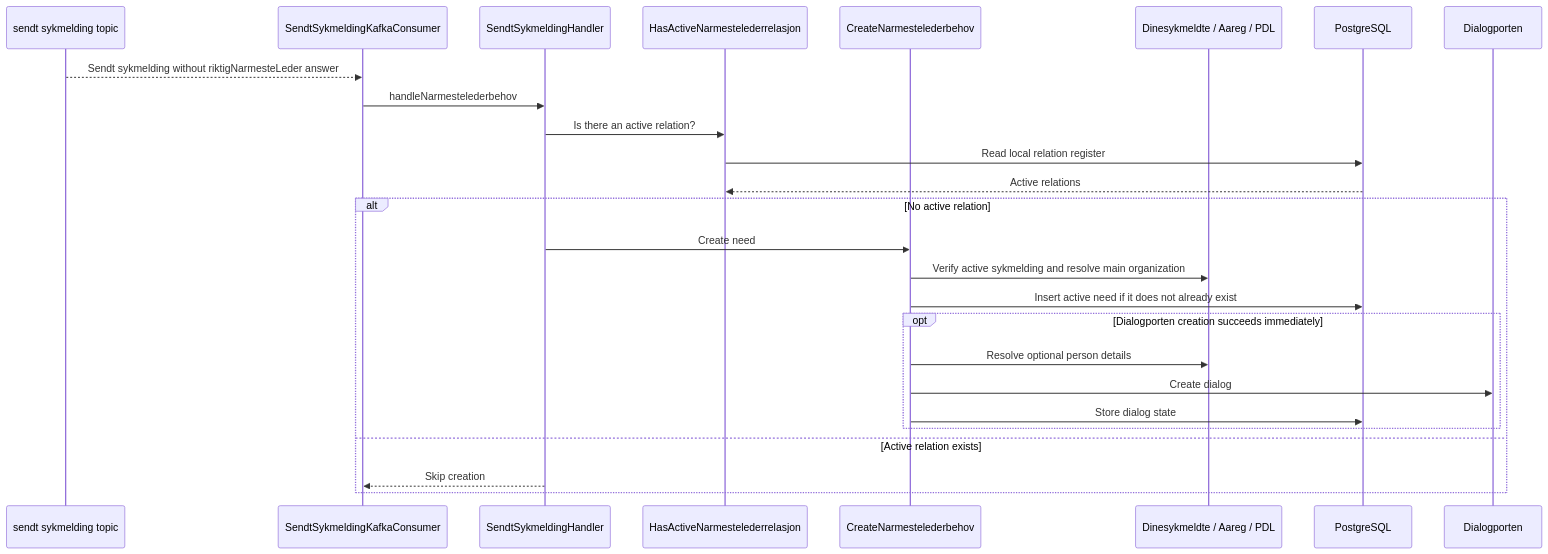
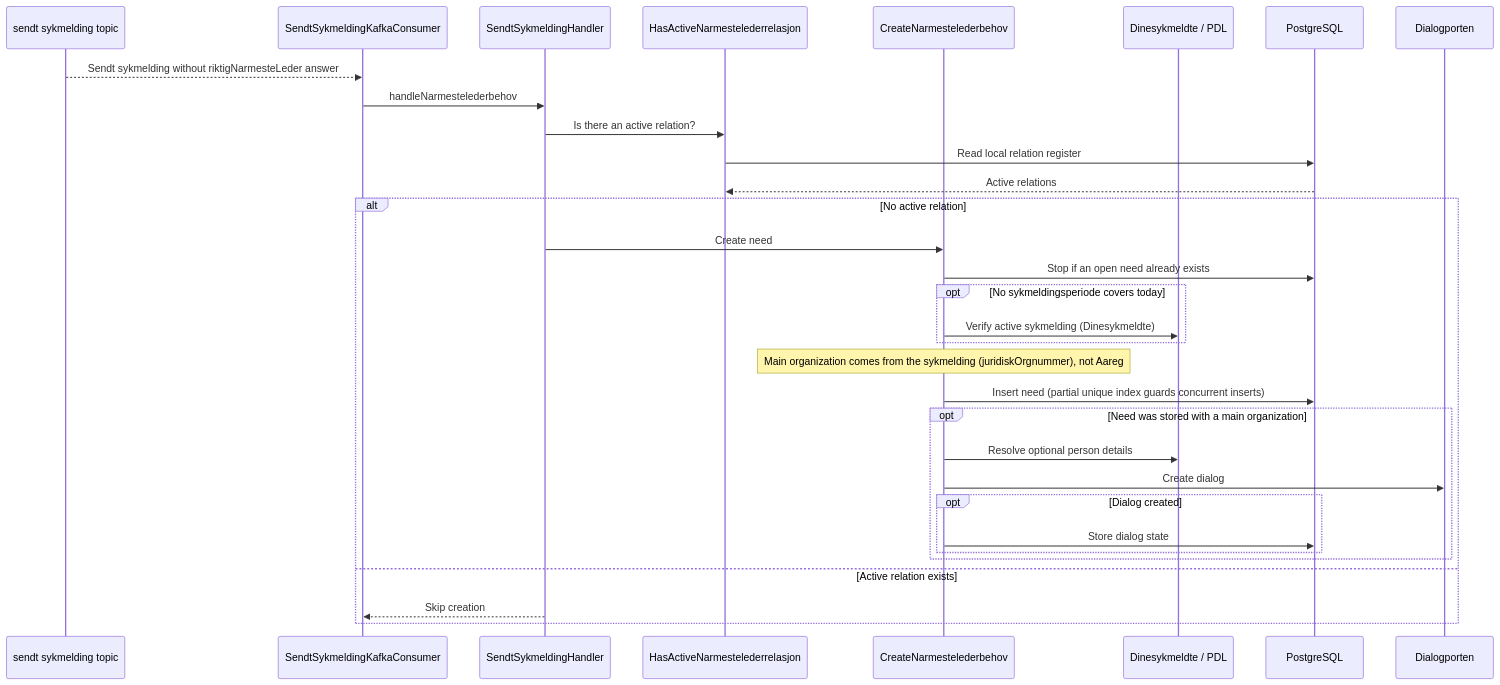
One commit to navikt/esyfo-narmesteleder changed the second of 8 diagrams in docs/data-flow.md. Above: the diagram before and after it, drawn with Mermaid. The commit also changed other lines of this file and 1 other file, not shown here.

Commit message:
docs: address data flow review

````diff
--- a/docs/data-flow.md
+++ b/docs/data-flow.md
@@ -128,29 +143,35 @@
 ```mermaid
 sequenceDiagram
     participant Kafka as sendt sykmelding topic
     participant Consumer as SendtSykmeldingKafkaConsumer
     participant Sykmelding as SendtSykmeldingHandler
     participant Relation as HasActiveNarmestelederrelasjon
     participant Behov as CreateNarmestelederbehov
-    participant Upstream as Dinesykmeldte / Aareg / PDL
+    participant Upstream as Dinesykmeldte / PDL
     participant DB as PostgreSQL
     participant Dialog as Dialogporten
 
     Kafka-->>Consumer: Sendt sykmelding without riktigNarmesteLeder answer
     Consumer->>Sykmelding: handleNarmestelederbehov
     Sykmelding->>Relation: Is there an active relation?
     Relation->>DB: Read local relation register
     DB-->>Relation: Active relations
     alt No active relation
         Sykmelding->>Behov: Create need
-        Behov->>Upstream: Verify active sykmelding and resolve main organization
-        Behov->>DB: Insert active need if it does not already exist
-        opt Dialogporten creation succeeds immediately
+        Behov->>DB: Stop if an open need already exists
+        opt No sykmeldingsperiode covers today
+            Behov->>Upstream: Verify active sykmelding (Dinesykmeldte)
+        end
+        Note over Behov: Main organization comes from the sykmelding (juridiskOrgnummer), not Aareg
+        Behov->>DB: Insert need (partial unique index guards concurrent inserts)
+        opt Need was stored with a main organization
             Behov->>Upstream: Resolve optional person details
             Behov->>Dialog: Create dialog
-            Behov->>DB: Store dialog state
+            opt Dialog created
+                Behov->>DB: Store dialog state
+            end
         end
     else Active relation exists
         Sykmelding-->>Consumer: Skip creation
     end
 ```
````
